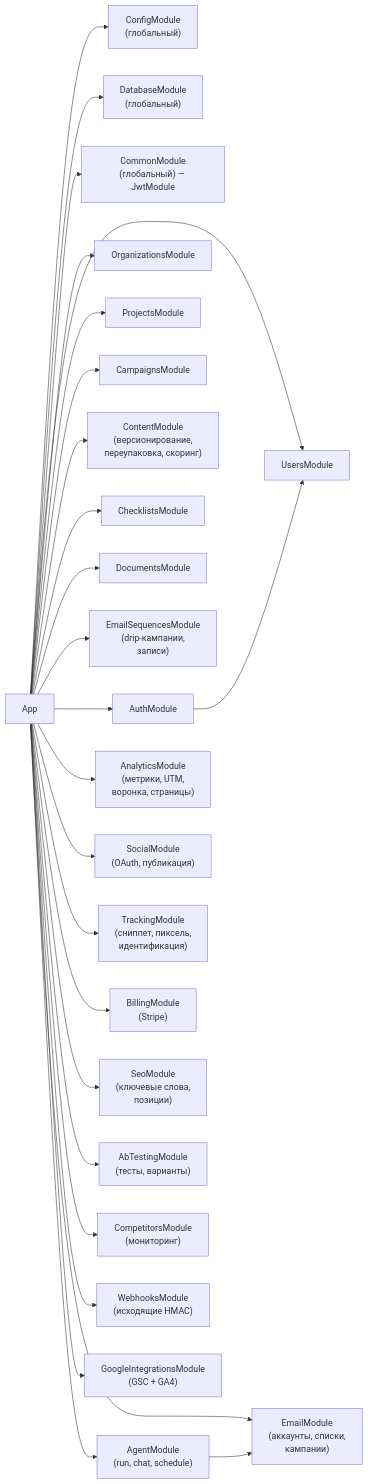
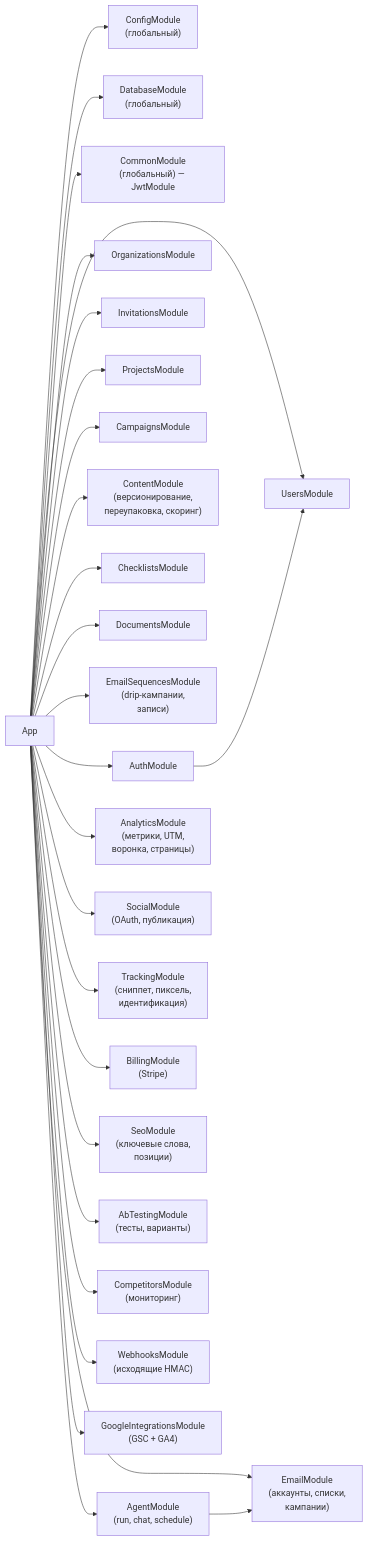
Before and after one commit to micode-ai/marketing-ai-assistant: the fourth of 6 diagrams in docs/ru/01-architecture.md, drawn with Mermaid. The commit also changed other lines of this file and 40 other files, not shown here.

````diff
--- a/docs/ru/01-architecture.md
+++ b/docs/ru/01-architecture.md
@@ -143,33 +143,34 @@
 ```mermaid
 graph LR
     App --> Config["ConfigModule\n(глобальный)"]
     App --> Database["DatabaseModule\n(глобальный)"]
     App --> Common["CommonModule\n(глобальный) — JwtModule"]
 
     App --> Auth["AuthModule"]
     App --> Users["UsersModule"]
     App --> Organizations["OrganizationsModule"]
+    App --> Invitations["InvitationsModule"]
 
     App --> Projects["ProjectsModule"]
     App --> Campaigns["CampaignsModule"]
     App --> Content["ContentModule\n(версионирование,\nпереупаковка, скоринг)"]
     App --> Checklists["ChecklistsModule"]
     App --> Documents["DocumentsModule"]
 
     App --> Email["EmailModule\n(аккаунты, списки,\nкампании)"]
     App --> EmailSeq["EmailSequencesModule\n(drip-кампании,\nзаписи)"]
     App --> Agent["AgentModule\n(run, chat, schedule)"]
     App --> Analytics["AnalyticsModule\n(метрики, UTM,\nворонка, страницы)"]
     App --> Social["SocialModule\n(OAuth, публикация)"]
     App --> Tracking["TrackingModule\n(сниппет, пиксель,\nидентификация)"]
     App --> Billing["BillingModule\n(Stripe)"]
 
     App --> SEO["SeoModule\n(ключевые слова,\nпозиции)"]
     App --> ABTesting["AbTestingModule\n(тесты, варианты)"]
     App --> Competitors["CompetitorsModule\n(мониторинг)"]
     App --> Webhooks["WebhooksModule\n(исходящие HMAC)"]
     App --> GoogleInt["GoogleIntegrationsModule\n(GSC + GA4)"]
 
     Auth --> Users
     Agent --> Email
 ```
````
